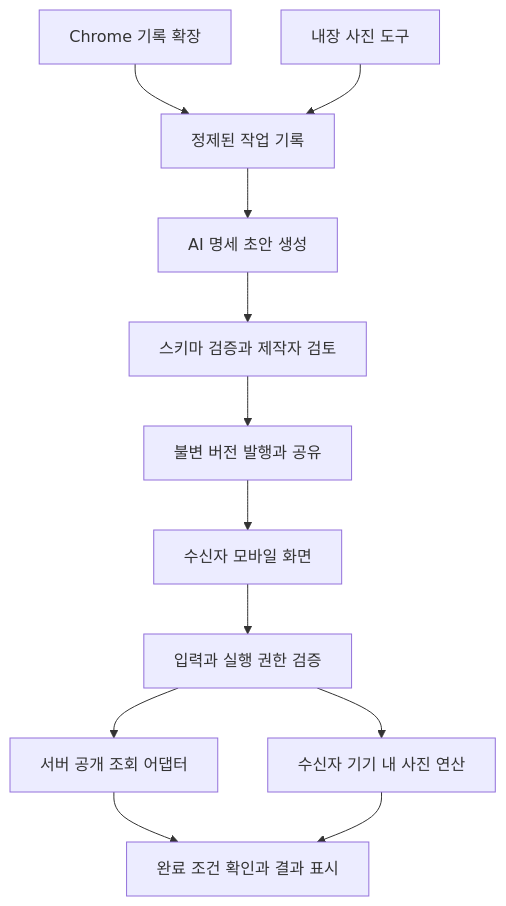
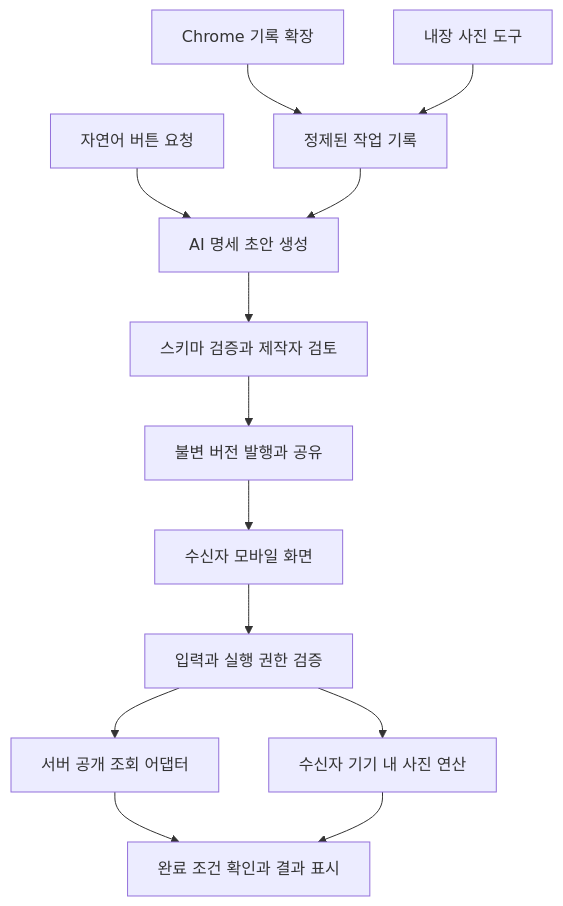
One commit to ptarowanb/hanbeonman changed the diagram in SDD.md. Above: the diagram before and after it, drawn with Mermaid. The commit also changed other lines of this file and 2 other files, not shown here.

Commit message:
docs: 자연어 버튼 생성 명세 추가

````diff
--- a/SDD.md
+++ b/SDD.md
@@ -133,14 +151,15 @@
 ```mermaid
 flowchart TD
     A[Chrome 기록 확장] --> C[정제된 작업 기록]
     B[내장 사진 도구] --> C
-    C --> D[AI 명세 초안 생성]
+    L[자연어 버튼 요청] --> D[AI 명세 초안 생성]
+    C --> D
     D --> E[스키마 검증과 제작자 검토]
     E --> F[불변 버전 발행과 공유]
     F --> G[수신자 모바일 화면]
     G --> H[입력과 실행 권한 검증]
     H --> I[서버 공개 조회 어댑터]
     H --> J[수신자 기기 내 사진 연산]
     I --> K[완료 조건 확인과 결과 표시]
     J --> K
 ```
````
